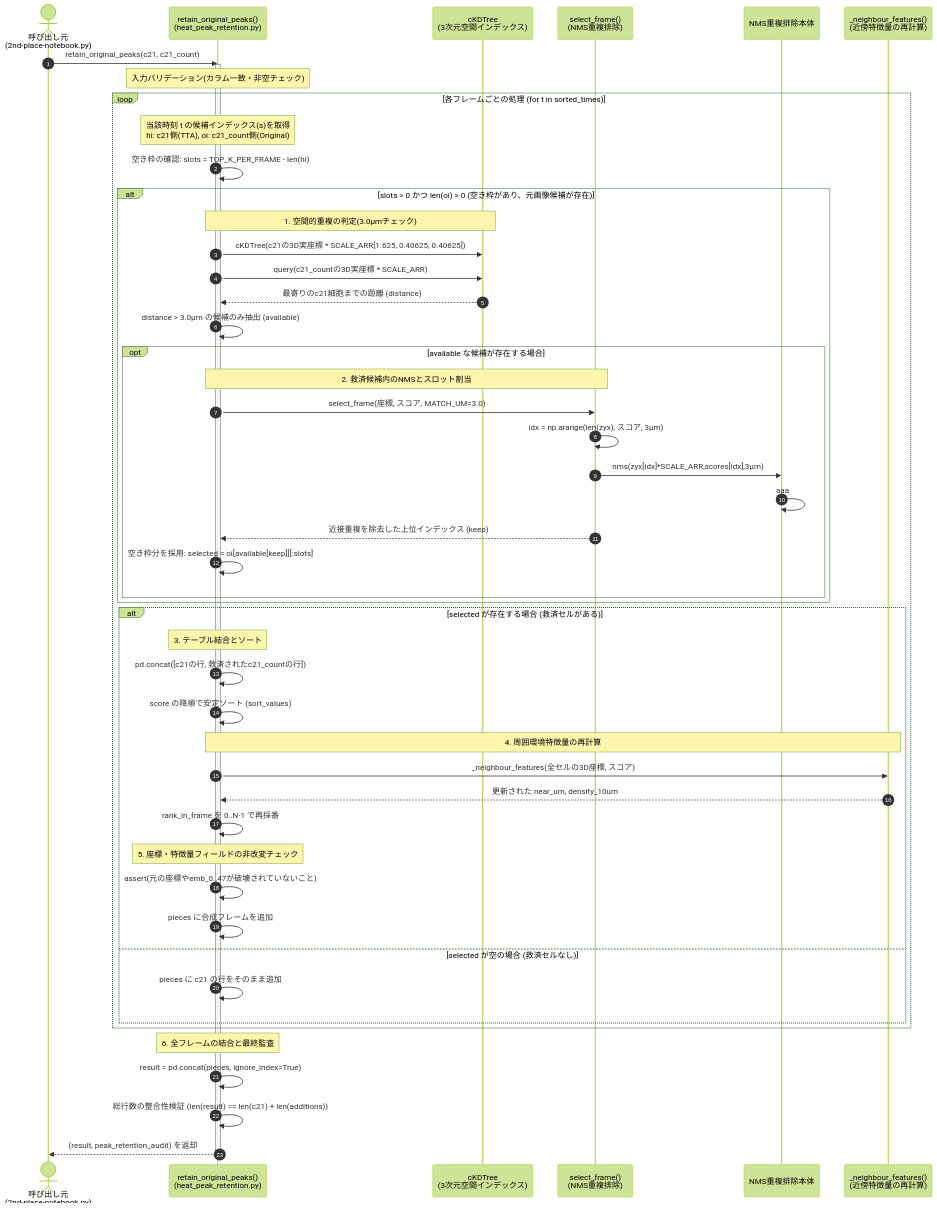
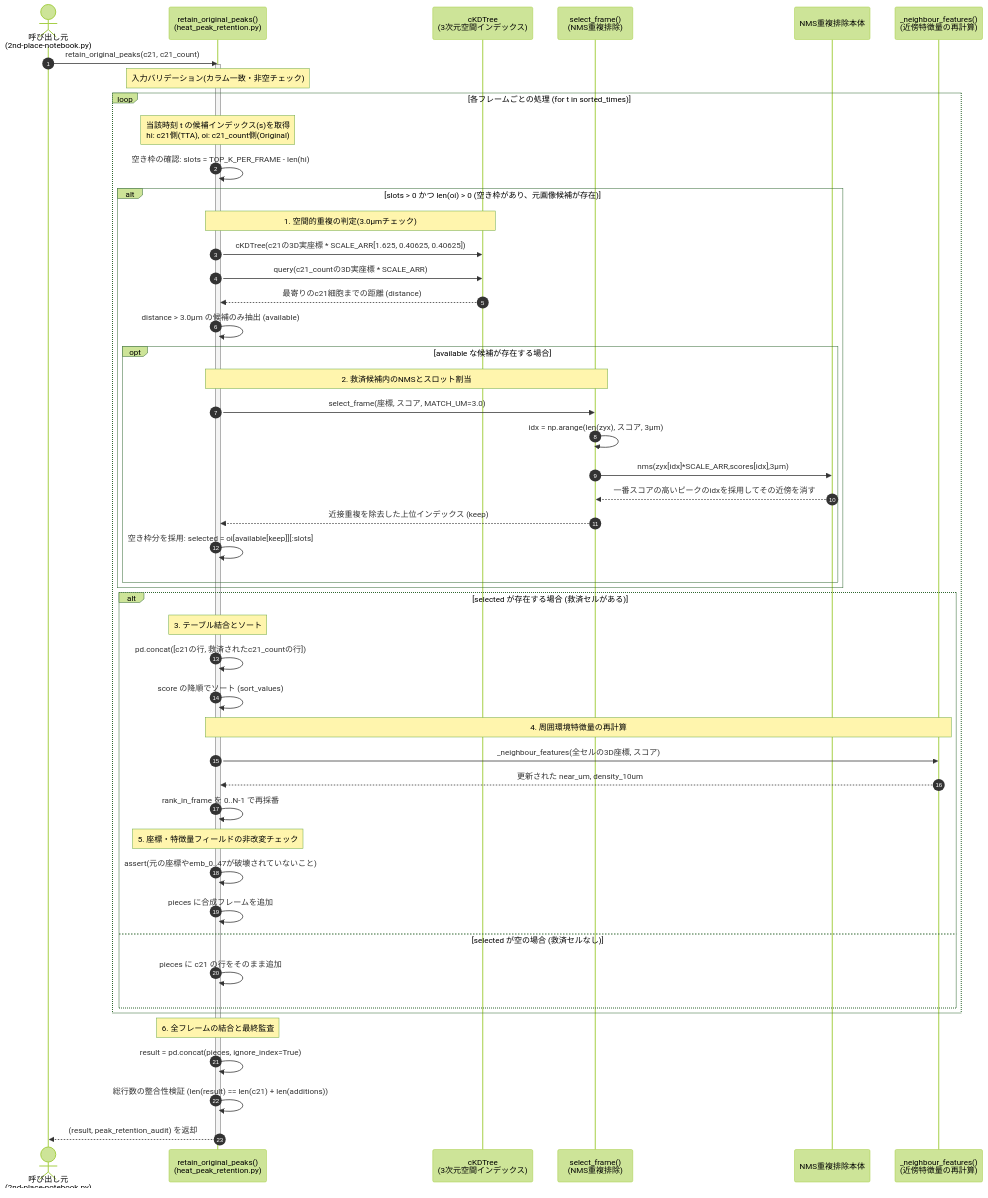
One commit to kito2718/kaggle_Biohub-Cell_Tracking_During_Development changed the eighth of 11 diagrams in 2nd-place-notebook.md. Above: the diagram before and after it, drawn with Mermaid (forest theme).

````diff
--- a/2nd-place-notebook.md
+++ b/2nd-place-notebook.md
@@ -473,62 +473,62 @@
 ```mermaid
 sequenceDiagram
     autonumber
     actor Caller as 呼び出し元<br/>(2nd-place-notebook.py)
     participant Func as retain_original_peaks()<br/>(heat_peak_retention.py)
     participant KDTree as cKDTree<br/>(3次元空間インデックス)
     participant NMS as select_frame()<br/>(NMS重複排除)
     participant NMSSub as NMS重複排除本体
     participant Feat as _neighbour_features()<br/>(近傍特徴量の再計算)
 
     Caller->>Func: retain_original_peaks(c21, c21_count)
     activate Func
 
     Note over Func: 入力バリデーション(カラム一致・非空チェック)
 
     loop 各フレームごとの処理 (for t in sorted_times)
         Note over Func: 当該時刻 t の候補インデックス(s)を取得<br/>hi: c21側(TTA), oi: c21_count側(Original)
         Func->>Func: 空き枠の確認: slots = TOP_K_PER_FRAME - len(hi)
 
         alt slots > 0 かつ len(oi) > 0 (空き枠があり、元画像候補が存在)
             Note over Func,KDTree: 1. 空間的重複の判定(3.0μmチェック)
             Func->>KDTree: cKDTree(c21の3D実座標 * SCALE_ARR[1.625, 0.40625, 0.40625])
             Func->>KDTree: query(c21_countの3D実座標 * SCALE_ARR)
             KDTree-->>Func: 最寄りのc21細胞までの距離 (distance)
             Func->>Func: distance > 3.0μm の候補のみ抽出 (available)
 
             opt available な候補が存在する場合
                 Note over Func,NMS: 2. 救済候補内のNMSとスロット割当
                 Func->>NMS: select_frame(座標, スコア, MATCH_UM=3.0)
                 NMS->>NMS: idx = np.arange(len(zyx), スコア, 3μm)
                 NMS->>NMSSub: nms(zyx[idx]*SCALE_ARR,scores[idx],3μm)
-                NMSSub->>NMSSub: aaa
+                NMSSub-->>NMS: 一番スコアの高いピークのidxを採用してその近傍を消す
                 NMS-->>Func: 近接重複を除去した上位インデックス (keep)
                 Func->>Func: 空き枠分を採用: selected = oi[available[keep]][:slots]
             end
         end
 
         alt selected が存在する場合 (救済セルがある)
             Note over Func: 3. テーブル結合とソート
             Func->>Func: pd.concat([c21の行, 救済されたc21_countの行])
-            Func->>Func: score の降順で安定ソート (sort_values)
+            Func->>Func: score の降順でソート (sort_values)
 
             Note over Func,Feat: 4. 周囲環境特徴量の再計算
             Func->>Feat: _neighbour_features(全セルの3D座標, スコア)
             Feat-->>Func: 更新された near_um, density_10um
             Func->>Func: rank_in_frame を 0..N-1 で再採番
 
             Note over Func: 5. 座標・特徴量フィールドの非改変チェック
             Func->>Func: assert(元の座標やemb_0..47が破壊されていないこと)
             Func->>Func: pieces に合成フレームを追加
         else selected が空の場合 (救済セルなし)
             Func->>Func: pieces に c21 の行をそのまま追加
         end
     end
 
     Note over Func: 6. 全フレームの結合と最終監査
     Func->>Func: result = pd.concat(pieces, ignore_index=True)
     Func->>Func: 総行数の整合性検証 (len(result) == len(c21) + len(additions))
 
     Func-->>Caller: (result, peak_retention_audit) を返却
     deactivate Func
 ```
````
